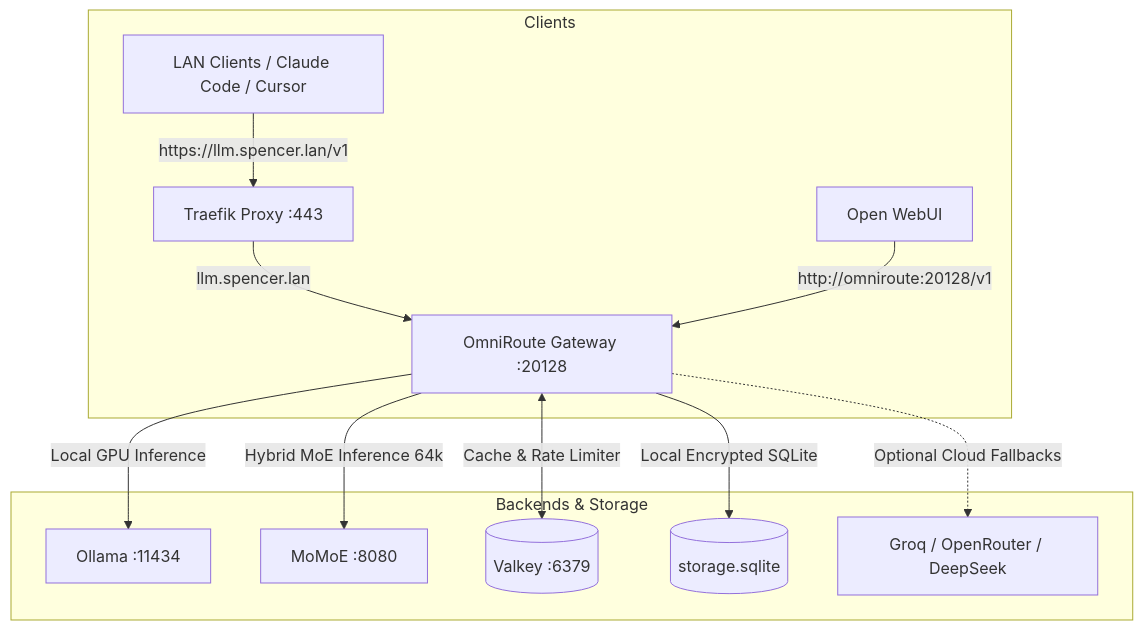
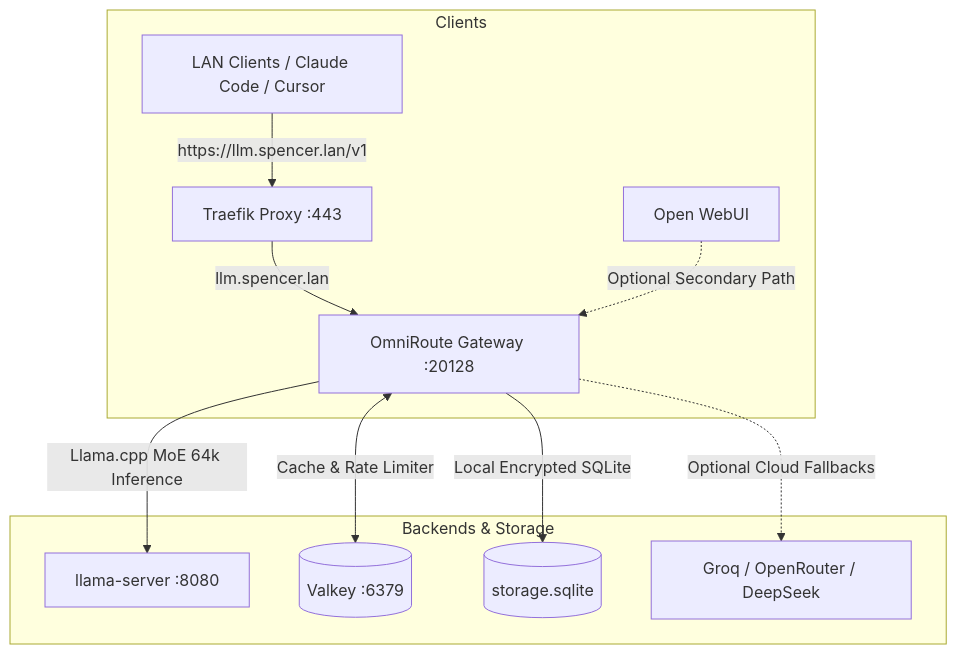
Before and after one commit to jamesbspencer/homelab: the diagram in docs/omniroute.md, drawn with Mermaid. The commit also changed other lines of this file and 14 other files, not shown here.

First line of the commit message:
feat(llm): migrate to llama.cpp hybrid MoE with 64k unified context

````diff
--- a/docs/omniroute.md
+++ b/docs/omniroute.md
@@ -22,17 +22,16 @@
 ```mermaid
 graph TD
     Traefik[Traefik Proxy :443] -->|llm.spencer.lan| OmniRoute[OmniRoute Gateway :20128]
     
     subgraph Clients
-        OpenWebUI[Open WebUI] -->|http://omniroute:20128/v1| OmniRoute
         LAN[LAN Clients / Claude Code / Cursor] -->|https://llm.spencer.lan/v1| Traefik
+        OpenWebUI[Open WebUI] -.->|Optional Secondary Path| OmniRoute
     end
 
     subgraph Backends & Storage
-        OmniRoute -->|Local GPU Inference| Ollama[Ollama :11434]
-        OmniRoute -->|Hybrid MoE Inference 64k| MoMoE[MoMoE :8080]
+        OmniRoute -->|Llama.cpp MoE 64k Inference| LlamaServer[llama-server :8080]
         OmniRoute <-->|Cache & Rate Limiter| Valkey[(Valkey :6379)]
         OmniRoute -->|Local Encrypted SQLite| SQLite[(storage.sqlite)]
         OmniRoute -.->|Optional Cloud Fallbacks| Cloud[Groq / OpenRouter / DeepSeek]
     end
 ```
````
